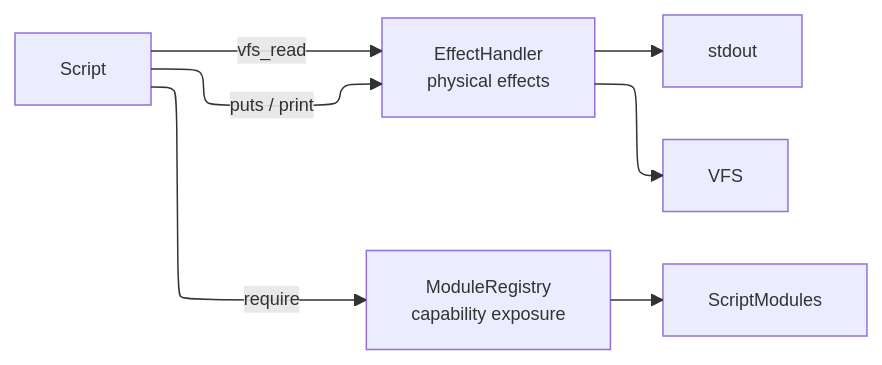
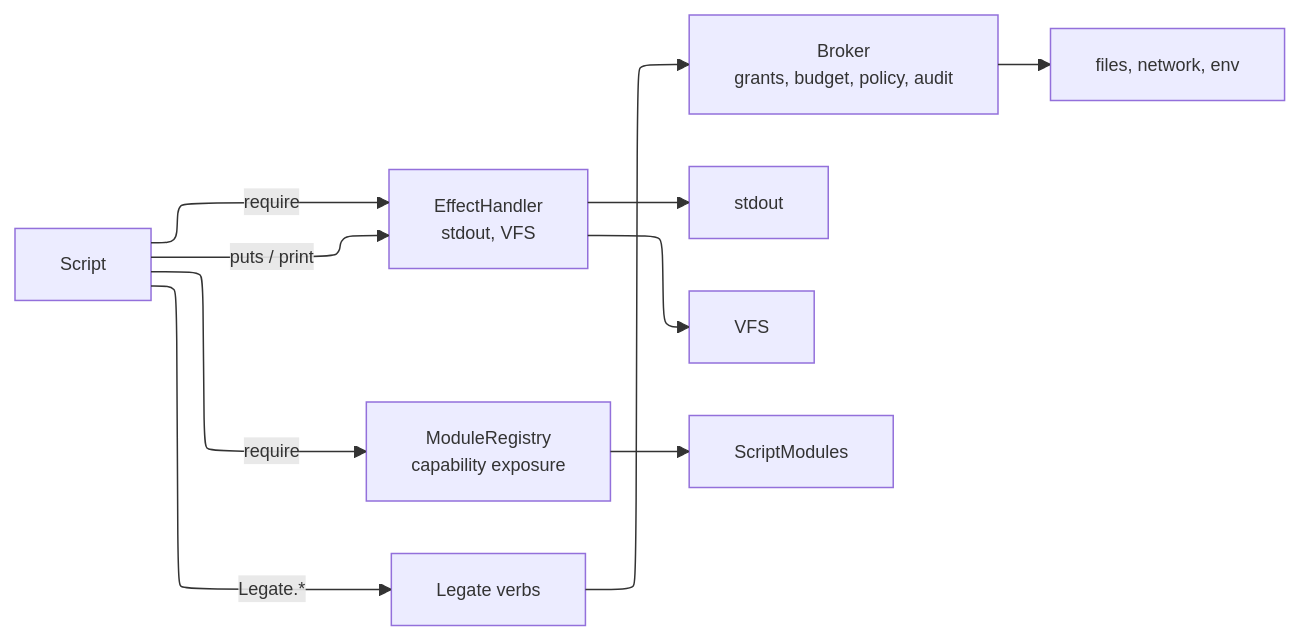
One commit to ModelArmy/adjutant.cr changed the third of 11 diagrams in DEVELOPMENT.md. Above: the diagram before and after it, drawn with Mermaid. The commit also changed other lines of this file and 102 other files, not shown here.

````diff
--- a/DEVELOPMENT.md
+++ b/DEVELOPMENT.md
@@ -319,22 +187,24 @@
 ```mermaid
 ---
 displayMode: compact
 config:
   layout: elk
   themeVariables:
     fontSize: 12px
 ---
 flowchart LR
     script[Script]
-    ef[EffectHandler
-physical effects]
-    reg[ModuleRegistry
-capability exposure]
+    ef[EffectHandler<br/>stdout, VFS]
+    reg[ModuleRegistry<br/>capability exposure]
+    leg[Legate verbs]
+    br[Broker<br/>grants, budget, policy, audit]
     stdout[stdout]
     vfs[VFS]
     mods[ScriptModules]
+    world[files, network, env]
 
     script -->|puts / print| ef --> stdout
-    script -->|vfs_read| ef --> vfs
+    script -->|require| ef --> vfs
     script -->|require| reg --> mods
+    script -->|Legate.*| leg --> br --> world
 ```
````
